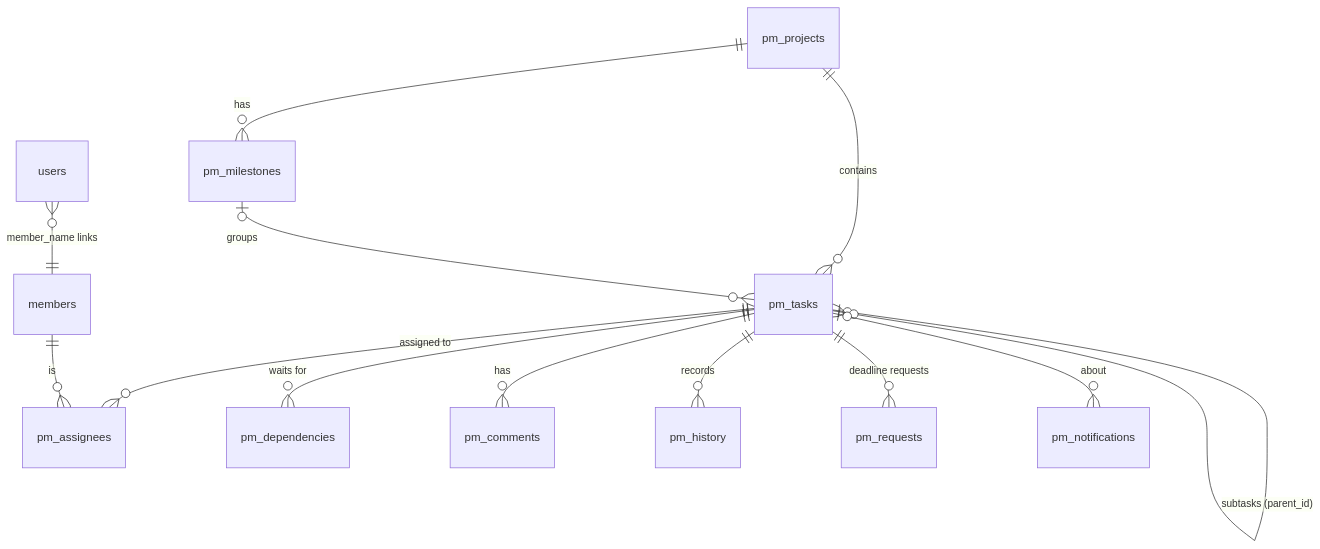
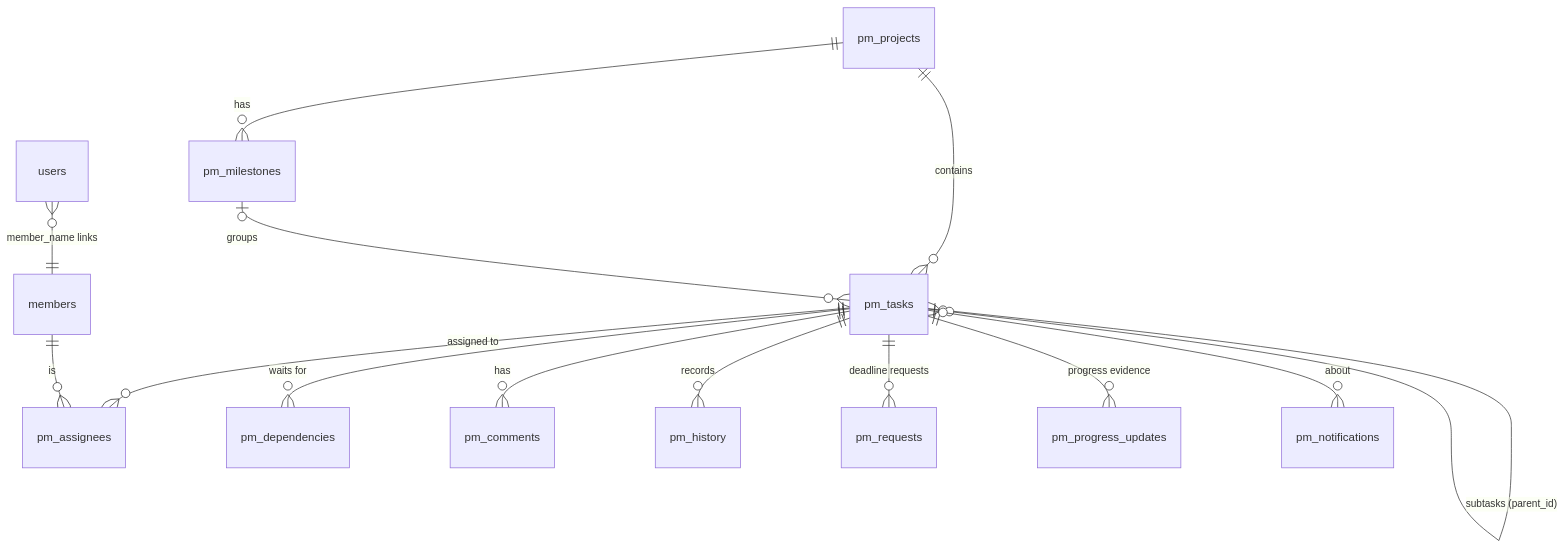
Before and after one commit to Siddhi-Karhekar/Tracker: the diagram in docs/TEAMPULSE_2.md, drawn with Mermaid. The commit also changed other lines of this file and 15 other files, not shown here.

First line of the commit message:
TeamPulse 2.0 round 2: verified progress, evidence, calendar, timeline, reminders

````diff
--- a/docs/TEAMPULSE_2.md
+++ b/docs/TEAMPULSE_2.md
@@ -135,15 +157,16 @@
 ```mermaid
 erDiagram
     pm_projects ||--o{ pm_milestones : has
     pm_projects ||--o{ pm_tasks : contains
     pm_milestones |o--o{ pm_tasks : groups
     pm_tasks |o--o{ pm_tasks : "subtasks (parent_id)"
     pm_tasks ||--o{ pm_assignees : "assigned to"
     members ||--o{ pm_assignees : is
     pm_tasks ||--o{ pm_dependencies : "waits for"
     pm_tasks ||--o{ pm_comments : has
     pm_tasks ||--o{ pm_history : records
     pm_tasks ||--o{ pm_requests : "deadline requests"
+    pm_tasks ||--o{ pm_progress_updates : "progress evidence"
     pm_tasks |o--o{ pm_notifications : about
     users }o--|| members : "member_name links"
 ```
````
